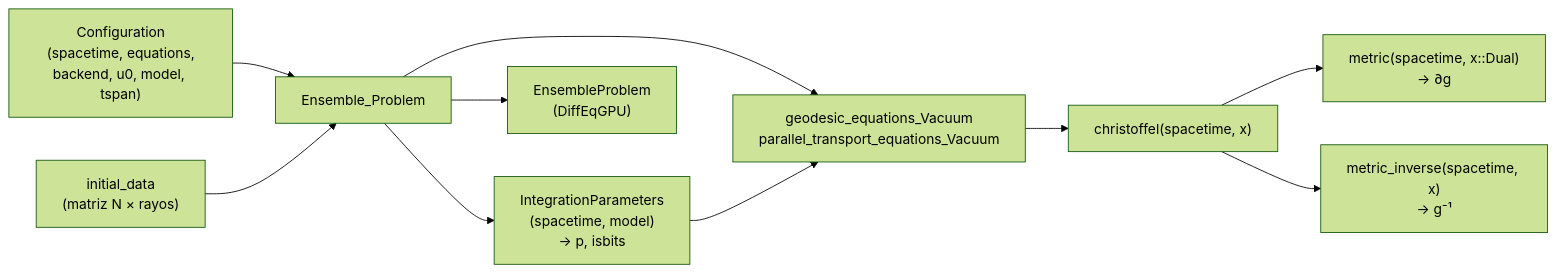
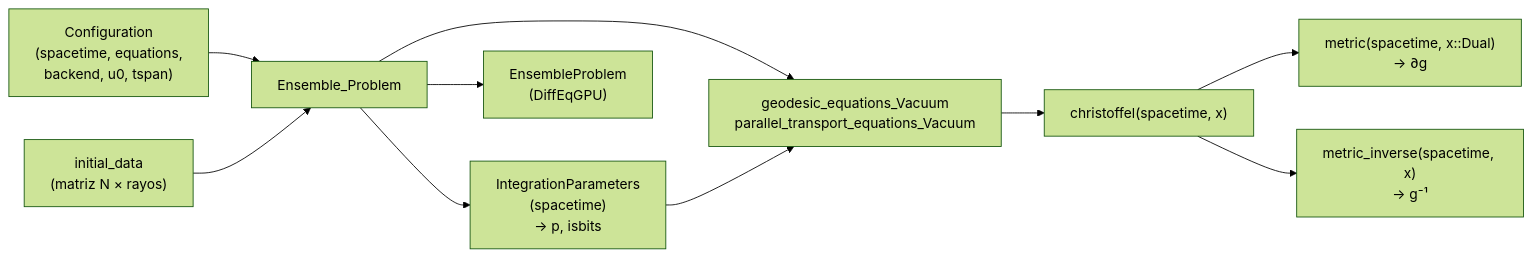
The second of 2 diagrams in README.md (mabrudsky/RayTracingGR.jl), drawn with Mermaid (forest theme) before and after one commit. The commit also changed other lines of this file and 6 other files, not shown here.

````diff
--- a/README.md
+++ b/README.md
@@ -139,12 +142,12 @@
 ```mermaid
 flowchart LR
-    CFG["Configuration<br/>(spacetime, equations,<br/>backend, u0, model, tspan)"] --> EP[Ensemble_Problem]
+    CFG["Configuration<br/>(spacetime, equations,<br/>backend, u0, tspan)"] --> EP[Ensemble_Problem]
     ID["initial_data<br/>(matriz N × rayos)"] --> EP
-    EP --> P["IntegrationParameters<br/>(spacetime, model)<br/>→ p, isbits"]
+    EP --> P["IntegrationParameters<br/>(spacetime)<br/>→ p, isbits"]
     EP --> RHS["geodesic_equations_Vacuum<br/>parallel_transport_equations_Vacuum"]
     P --> RHS
     RHS --> CH["christoffel(spacetime, x)"]
     CH --> M["metric(spacetime, x::Dual)<br/>→ ∂g"]
     CH --> MI["metric_inverse(spacetime, x)<br/>→ g⁻¹"]
     EP --> ENS["EnsembleProblem<br/>(DiffEqGPU)"]
 ```
````
